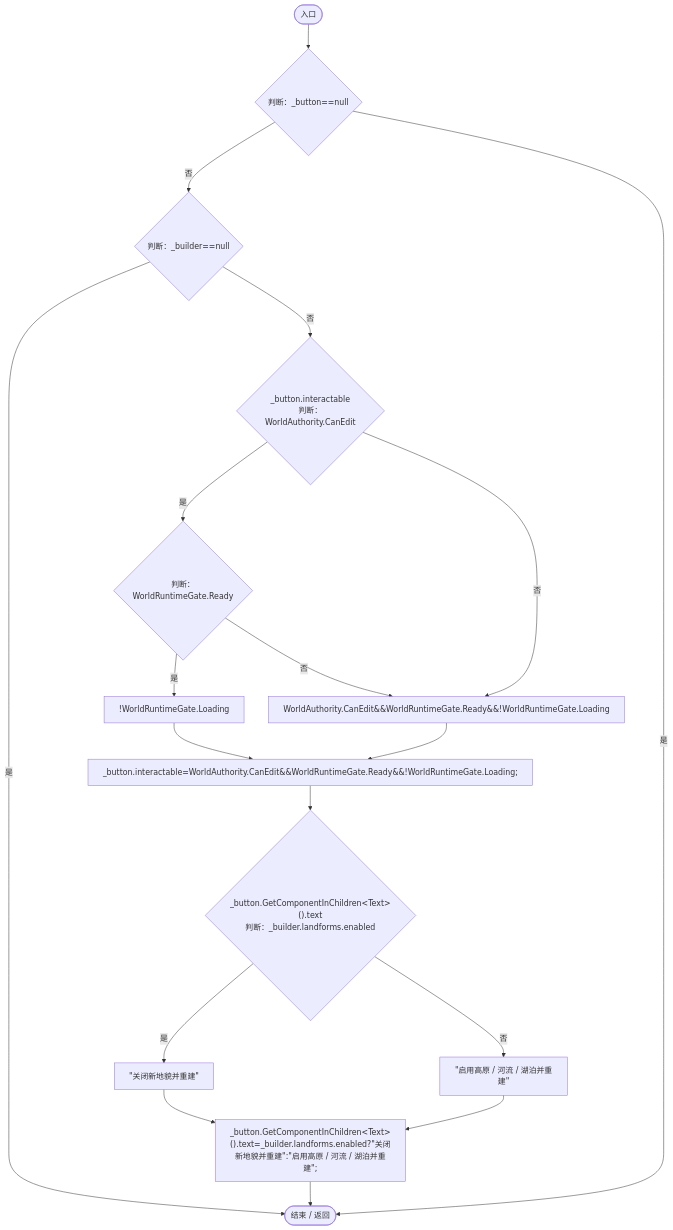
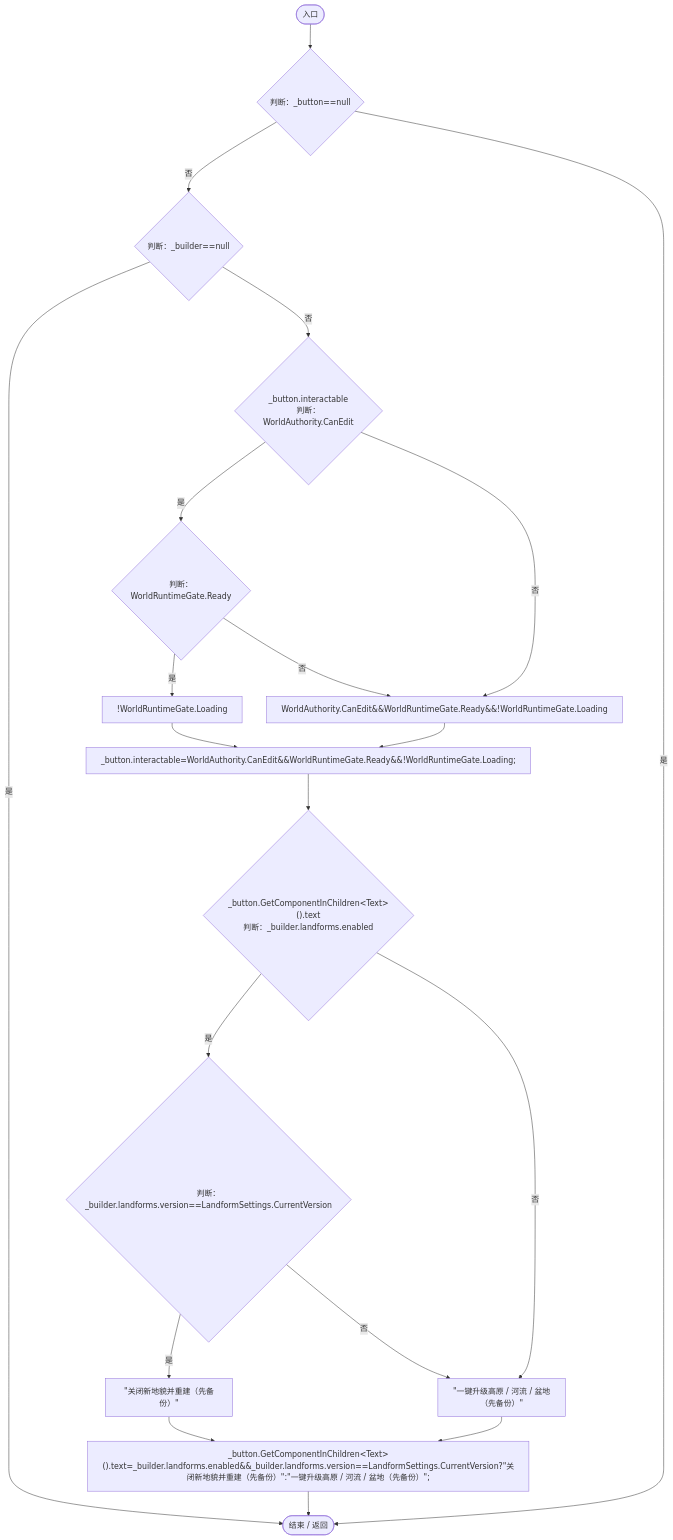
Before and after one commit to xhs6666/Darwin_paradise: the third of 6 diagrams in Docs/运行流程图/脚本/a492c83bf894e14d.md, drawn with Mermaid. The commit also changed other lines of this file and 150 other files, not shown here.

````diff
--- a/Docs/运行流程图/脚本/a492c83bf894e14d.md
+++ b/Docs/运行流程图/脚本/a492c83bf894e14d.md
@@ -83,34 +86,37 @@
 ```mermaid
 flowchart TD
   b0(["入口"])
   b1{"判断：_button==null"}
   b2{"判断：_builder==null"}
   b3{"_button.interactable<br/>判断：WorldAuthority.CanEdit"}
   b4{"判断：WorldRuntimeGate.Ready"}
   b5["!WorldRuntimeGate.Loading"]
   b6["WorldAuthority.CanEdit&amp;&amp;WorldRuntimeGate.Ready&amp;&amp;!WorldRuntimeGate.Loading"]
   b7["_button.interactable=WorldAuthority.CanEdit&amp;&amp;WorldRuntimeGate.Ready&amp;&amp;!WorldRuntimeGate.Loading;"]
   b8{"_button.GetComponentInChildren&lt;Text&gt;().text<br/>判断：_builder.landforms.enabled"}
-  b9["&quot;关闭新地貌并重建&quot;"]
-  b10["&quot;启用高原 / 河流 / 湖泊并重建&quot;"]
-  b11["_button.GetComponentInChildren&lt;Text&gt;().text=_builder.landforms.enabled?&quot;关闭新地貌并重建&quot;:&quot;启用高原 / 河流 / 湖泊并重建&quot;;"]
-  b12(["结束 / 返回"])
+  b9{"判断：_builder.landforms.version==LandformSettings.CurrentVersion"}
+  b10["&quot;关闭新地貌并重建（先备份）&quot;"]
+  b11["&quot;一键升级高原 / 河流 / 盆地（先备份）&quot;"]
+  b12["_button.GetComponentInChildren&lt;Text&gt;().text=_builder.landforms.enabled&amp;&amp;_builder.landforms.version==LandformSettings.CurrentVersion?&quot;关闭新地貌并重建（先备份）&quot;:&quot;一键升级高原 / 河流 / 盆地（先备份）&quot;;"]
+  b13(["结束 / 返回"])
   b0 --> b1
   b1 -->|"否"| b2
-  b1 -->|"是"| b12
-  b2 -->|"是"| b12
+  b1 -->|"是"| b13
+  b2 -->|"是"| b13
   b2 -->|"否"| b3
   b3 -->|"是"| b4
   b3 -->|"否"| b6
   b4 -->|"是"| b5
   b4 -->|"否"| b6
   b5 --> b7
   b6 --> b7
   b7 --> b8
   b8 -->|"是"| b9
-  b8 -->|"否"| b10
-  b9 --> b11
-  b10 --> b11
+  b8 -->|"否"| b11
+  b9 -->|"是"| b10
+  b9 -->|"否"| b11
+  b10 --> b12
   b11 --> b12
+  b12 --> b13
 
 ```
````
